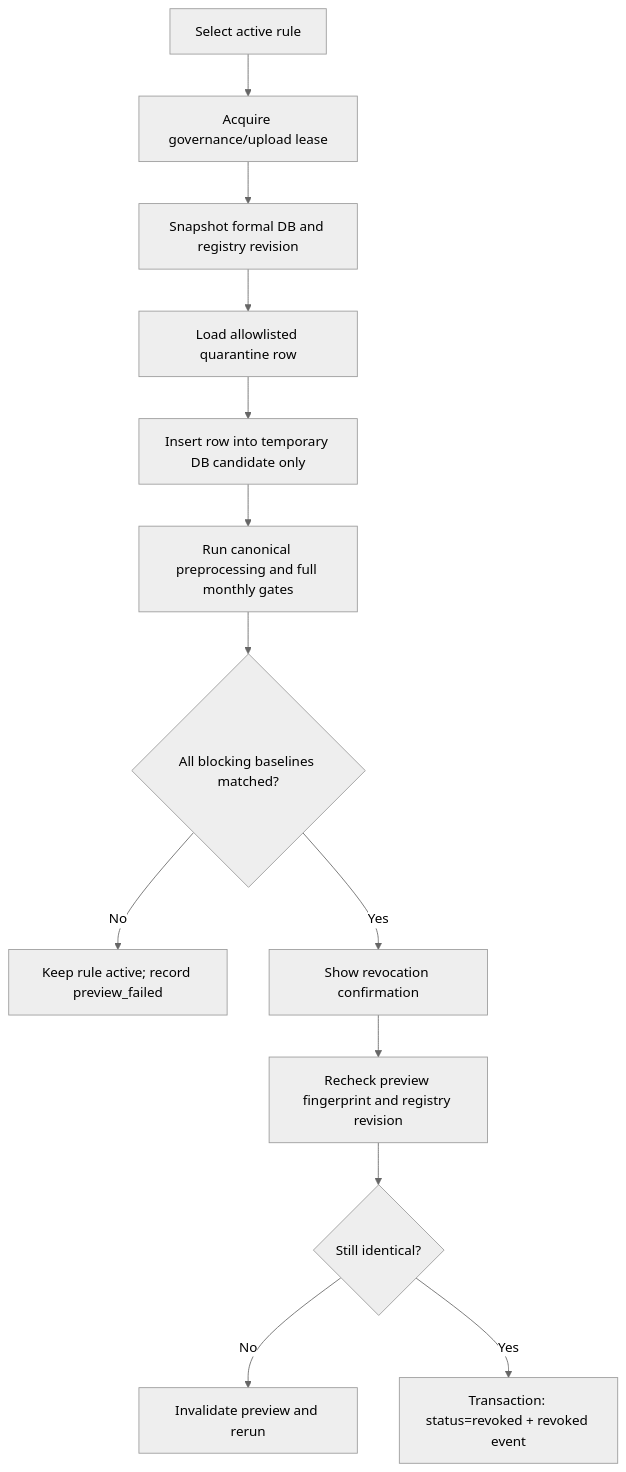
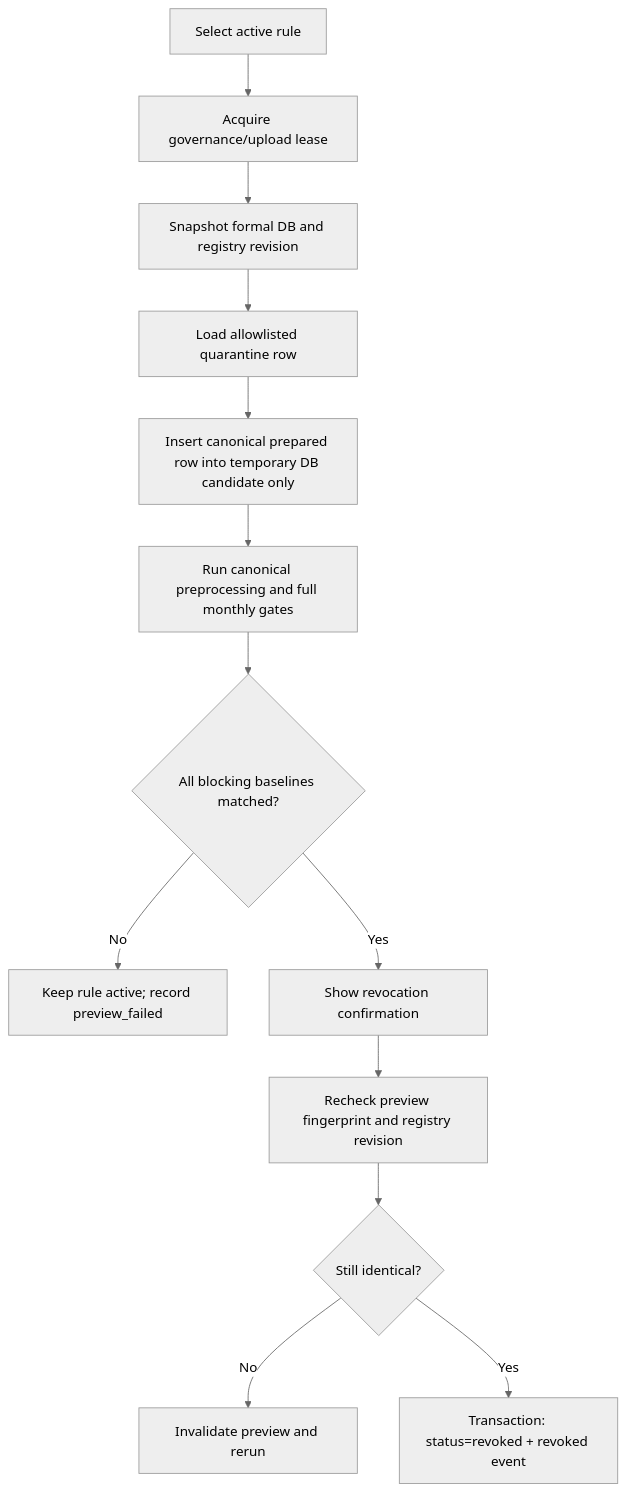
One commit to waitungchan-oss/nbs_analytics changed the second of 2 diagrams in docs/superpowers/specs/2026-07-23-persistent-receipt-exclusion-registry-design.md. Above: the diagram before and after it, drawn with Mermaid (neutral theme). The commit also changed other lines of this file, not shown here.

````diff
--- a/docs/superpowers/specs/2026-07-23-persistent-receipt-exclusion-registry-design.md
+++ b/docs/superpowers/specs/2026-07-23-persistent-receipt-exclusion-registry-design.md
@@ -275,15 +281,15 @@
 ```mermaid
 flowchart TD
     R["Select active rule"] --> L["Acquire governance/upload lease"]
     L --> S["Snapshot formal DB and registry revision"]
     S --> Q["Load allowlisted quarantine row"]
-    Q --> T["Insert row into temporary DB candidate only"]
+    Q --> T["Insert canonical prepared row into temporary DB candidate only"]
     T --> P["Run canonical preprocessing and full monthly gates"]
     P --> M{"All blocking baselines matched?"}
     M -->|"No"| F["Keep rule active; record preview_failed"]
     M -->|"Yes"| C["Show revocation confirmation"]
     C --> V["Recheck preview fingerprint and registry revision"]
     V --> X{"Still identical?"}
     X -->|"No"| B["Invalidate preview and rerun"]
     X -->|"Yes"| A["Transaction: status=revoked + revoked event"]
 ```
````
